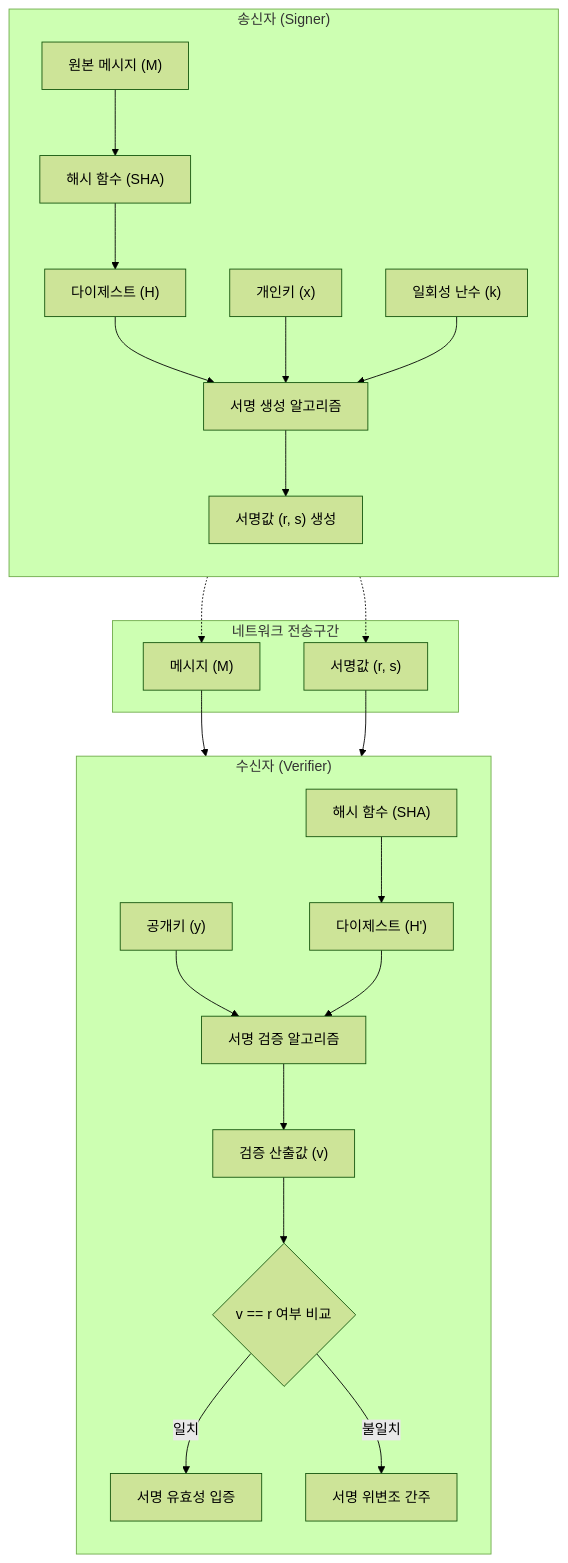
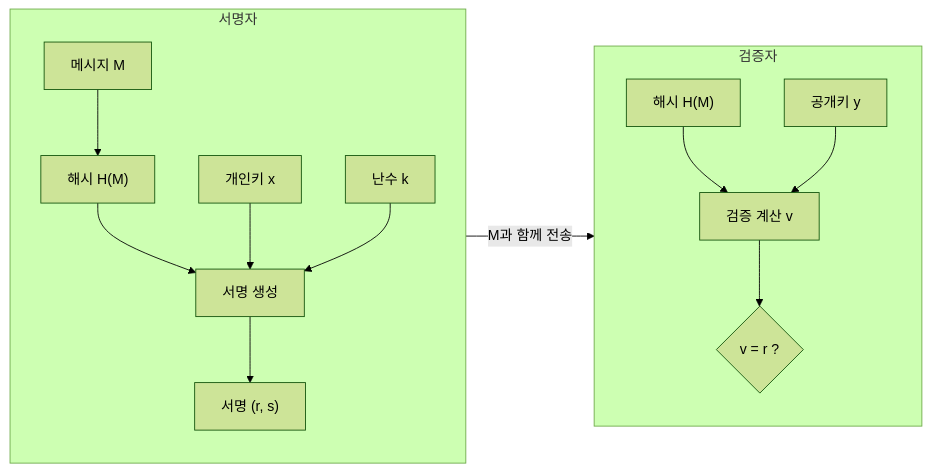
One commit to supremethumb/supremethumb.github.io changed the diagram in content/01_IT Tech/DSA.md. Above: the diagram before and after it, drawn with Mermaid (forest theme). The commit also changed other lines of this file and 1087 other files, not shown here.

````diff
--- a/content/01_IT Tech/DSA.md
+++ b/content/01_IT Tech/DSA.md
@@ -27,34 +35,18 @@
 ```mermaid
-flowchart TD
-    subgraph 송신자["송신자 (Signer)"]
+flowchart LR
+    subgraph S["서명자"]
         direction TB
-        M1["원본 메시지 (M)"] --> Hash1["해시 함수 (SHA)"]
-        Hash1 --> H1["다이제스트 (H)"]
-        H1 --> SigGen["서명 생성 알고리즘"]
-        PR["개인키 (x)"] --> SigGen
-        K["일회성 난수 (k)"] --> SigGen
-        SigGen --> Sign["서명값 (r, s) 생성"]
+        M["메시지 M"] --> H1["해시 H(M)"]
+        H1 --> SG["서명 생성"]
+        X["개인키 x"] --> SG
+        K["난수 k"] --> SG
+        SG --> RS["서명 (r, s)"]
     end
-
-    subgraph 네트워크["네트워크 전송구간"]
-        M2["메시지 (M)"]
-        Sign2["서명값 (r, s)"]
+    RS -->|"M과 함께 전송"| VF
+    subgraph V["검증자"]
+        direction TB
+        H2["해시 H(M)"] --> VF["검증 계산 v"]
+        Y["공개키 y"] --> VF
+        VF --> C{"v = r ?"}
     end
-
-    M1 -.-> M2
-    Sign -.-> Sign2
-
-    subgraph 수신자["수신자 (Verifier)"]
-        direction TB
-        M2 --> Hash2["해시 함수 (SHA)"]
-        Hash2 --> H2["다이제스트 (H')"]
-        Sign2 --> VerGen["서명 검증 알고리즘"]
-        PU["공개키 (y)"] --> VerGen
-        H2 --> VerGen
-        VerGen --> V["검증 산출값 (v)"]
-        V --> Compare{"v == r 여부 비교"}
-        Compare -->|일치| Valid["서명 유효성 입증"]
-        Compare -->|불일치| Invalid["서명 위변조 간주"]
-    end
-
 ```
````
